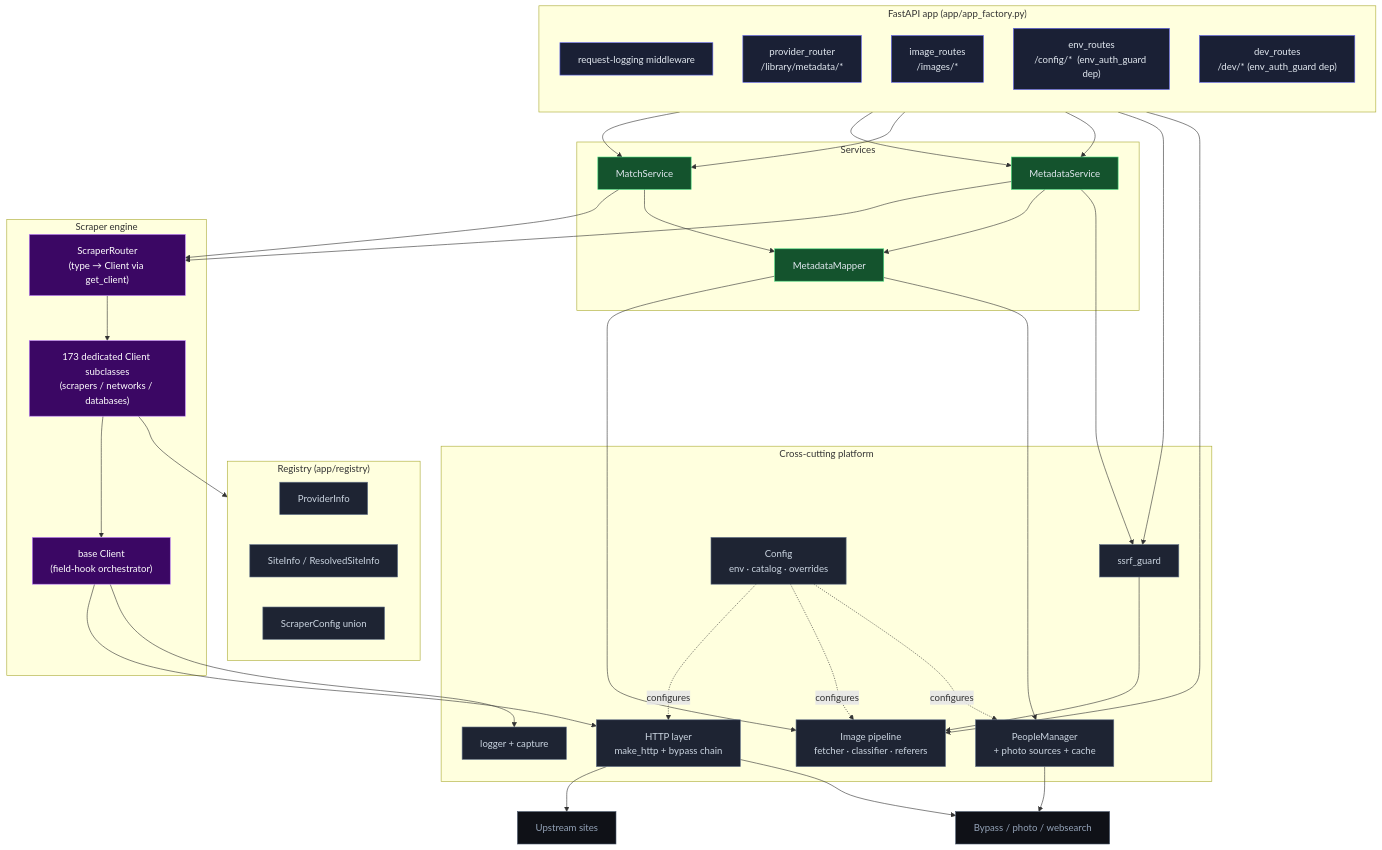
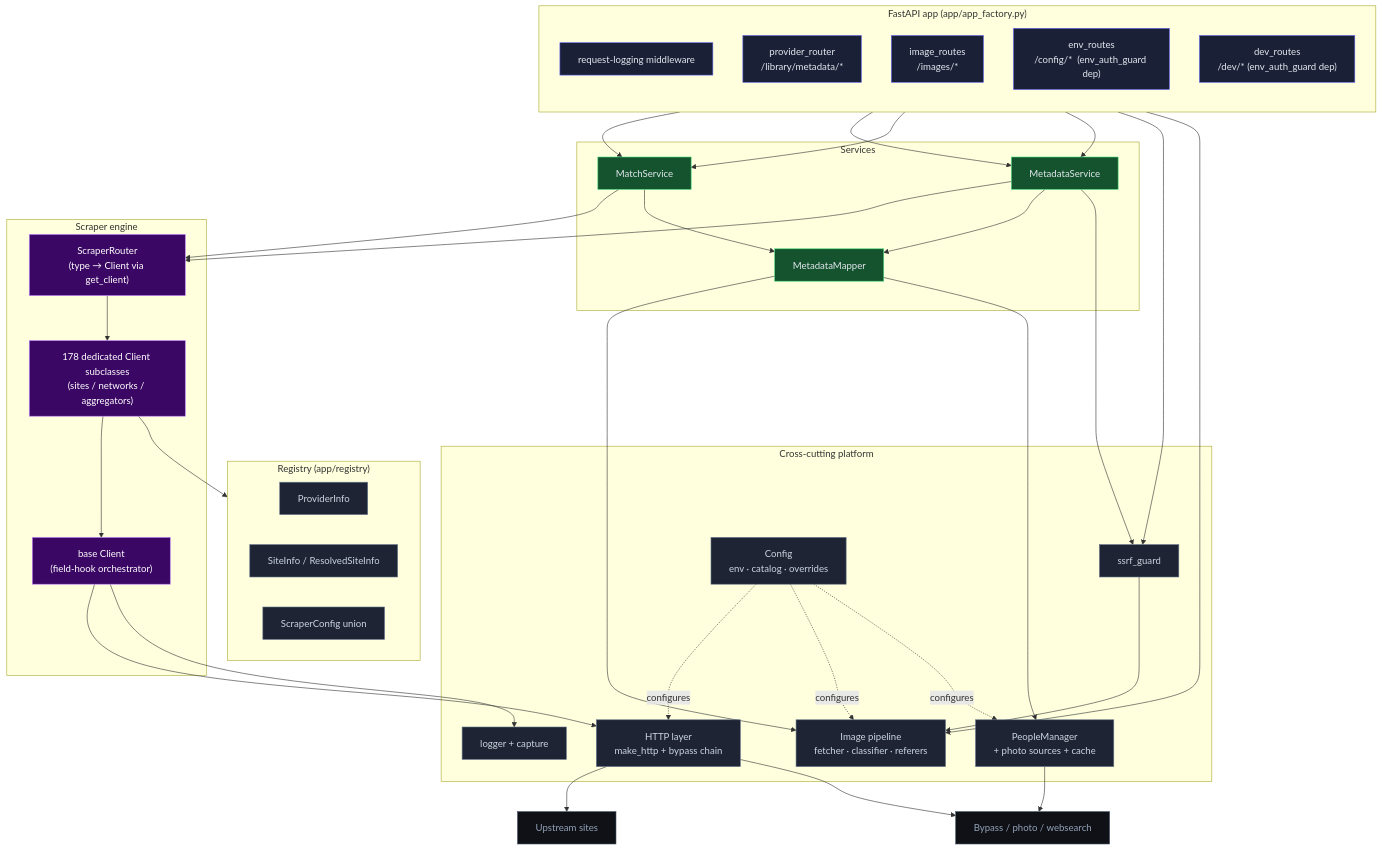
The third of 19 diagrams in docs/DESIGN.md (PhoenixAdultProvider/PhoenixAdult), drawn with Mermaid before and after one commit. The commit also changed other lines of this file and 22 other files, not shown here.

````diff
--- a/docs/DESIGN.md
+++ b/docs/DESIGN.md
@@ -115,69 +115,69 @@
 ```mermaid
 flowchart TB
   classDef r fill:#1a2035,stroke:#6366f1,color:#e2e8f0;
   classDef s fill:#14532d,stroke:#4ade80,color:#e2e8f0;
   classDef c fill:#3b0764,stroke:#c084fc,color:#fff;
   classDef u fill:#1e2433,stroke:#64748b,color:#cbd5e1;
   classDef ext fill:#0f1117,stroke:#475569,color:#94a3b8;
 
   subgraph app["FastAPI app (app/app_factory.py)"]
     direction TB
     mw["request-logging middleware"]:::r
     pr["provider_router<br/>/library/metadata/*"]:::r
     ir["image_routes<br/>/images/*"]:::r
     cr["env_routes<br/>/config/*  (env_auth_guard dep)"]:::r
     dr["dev_routes<br/>/dev/*  (env_auth_guard dep)"]:::r
   end
 
   subgraph svc["Services"]
     ms["MatchService"]:::s
     md["MetadataService"]:::s
     mm["MetadataMapper"]:::s
   end
 
   subgraph scr["Scraper engine"]
     srt["ScraperRouter<br/>(type → Client via get_client)"]:::c
-    cli["173 dedicated Client subclasses<br/>(scrapers / networks / databases)"]:::c
+    cli["178 dedicated Client subclasses<br/>(sites / networks / aggregators)"]:::c
     base["base Client<br/>(field-hook orchestrator)"]:::c
   end
 
   subgraph reg["Registry (app/registry)"]
     prov["ProviderInfo"]:::u
     site["SiteInfo / ResolvedSiteInfo"]:::u
     scfg["ScraperConfig union"]:::u
   end
 
   subgraph plat["Cross-cutting platform"]
     http["HTTP layer<br/>make_http + bypass chain"]:::u
     ssrf["ssrf_guard"]:::u
     img["Image pipeline<br/>fetcher · classifier · referers"]:::u
     ppl["PeopleManager<br/>+ photo sources + cache"]:::u
     cfg["Config<br/>env · catalog · overrides"]:::u
     log["logger + capture"]:::u
   end
 
   ext1["Upstream sites"]:::ext
   ext2["Bypass / photo / websearch"]:::ext
 
   pr --> ms & md
   dr --> ms & md
   ms --> srt
   md --> srt
   ms --> mm
   md --> mm
   srt --> cli --> base
   cli --> reg
   base --> http
   ir --> ssrf --> img
   ir --> img
   mm --> img
   mm --> ppl
   md --> ssrf
   http --> ext1
   http --> ext2
   ppl --> ext2
   base --> log
   cfg -. configures .-> http
   cfg -. configures .-> img
   cfg -. configures .-> ppl
 ```
````
